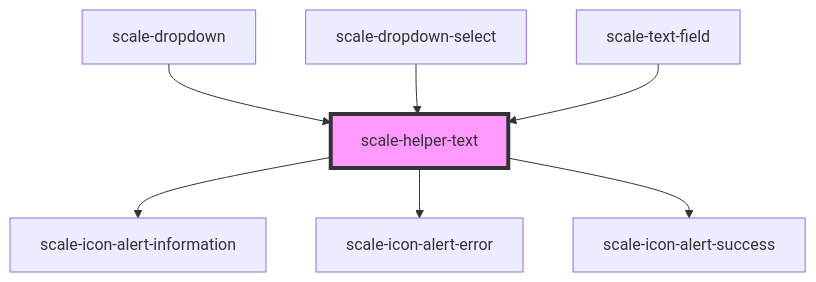
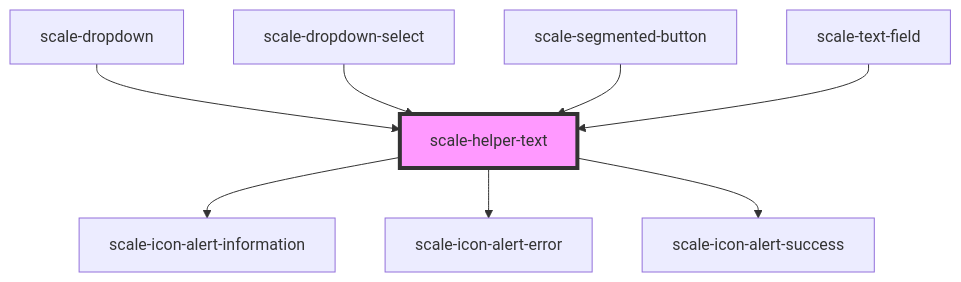
The diagram in packages/components/src/components/helper-text/readme.md (telekom/scale), drawn with Mermaid before and after one commit. The commit also changed other lines of this file and 131 other files, not shown here.

First line of the commit message:
feat(segmented-button): add new beta components (#1495)

````diff
--- a/packages/components/src/components/helper-text/readme.md
+++ b/packages/components/src/components/helper-text/readme.md
@@ -50,10 +51,11 @@
 ```mermaid
 graph TD;
   scale-helper-text --> scale-icon-alert-information
   scale-helper-text --> scale-icon-alert-error
   scale-helper-text --> scale-icon-alert-success
   scale-dropdown --> scale-helper-text
   scale-dropdown-select --> scale-helper-text
+  scale-segmented-button --> scale-helper-text
   scale-text-field --> scale-helper-text
   style scale-helper-text fill:#f9f,stroke:#333,stroke-width:4px
 ```
````
